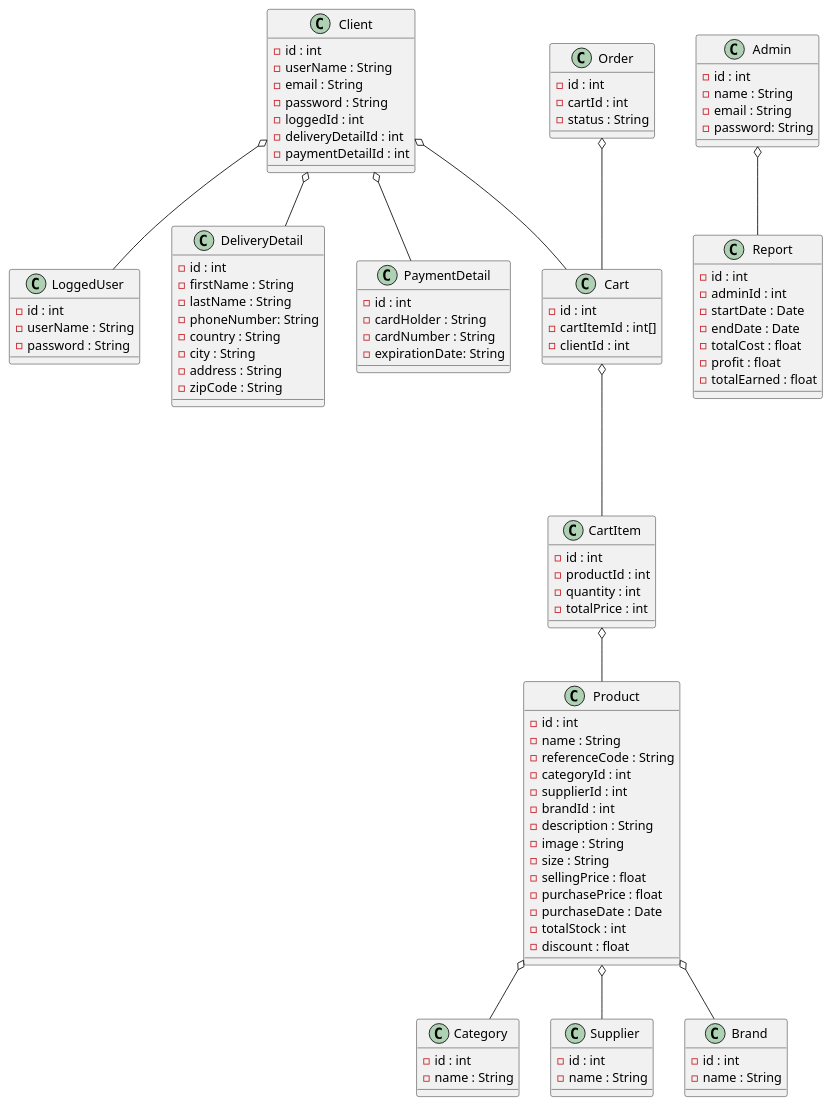
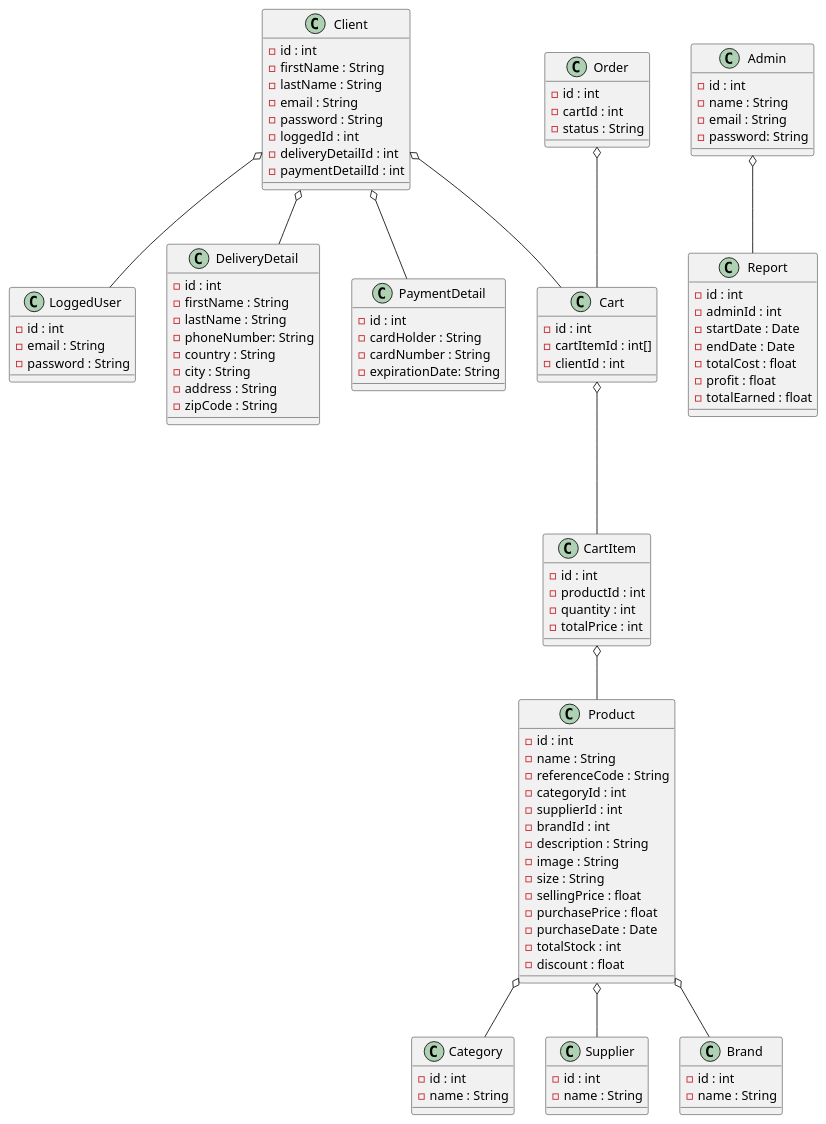
One commit to MihaelaNaidin040696/el-proyecte-grande-store changed the diagram in sneakersStore/store.puml. Above: the diagram before and after it, drawn with PlantUML. The commit also changed 6 other files, not shown here.

```diff
--- a/sneakersStore/store.puml
+++ b/sneakersStore/store.puml
@@ -1,123 +1,124 @@
 @startuml
 
 class LoggedUser{
 - id : int
-- userName : String
+- email : String
 - password : String
 }
 
 class Admin {
 - id : int
 - name : String
 - email : String
 - password: String
 }
 
 class Product {
 - id : int
 - name : String
 - referenceCode : String
 - categoryId : int
 - supplierId : int
 - brandId : int
 - description : String
 - image : String
 - size : String
 - sellingPrice : float
 - purchasePrice : float
 - purchaseDate : Date
 - totalStock : int
 - discount : float
 }
 
 
 class Report {
 - id : int
 - adminId : int
 - startDate : Date
 - endDate : Date
 - totalCost : float
 - profit : float
 - totalEarned : float
 }
 
 class Category {
 - id : int
 - name : String
 }
 
 class Supplier{
 - id : int
 - name : String
 }
 
 class Client {
 - id : int
-- userName : String
+- firstName : String
+- lastName : String
 - email : String
 - password : String
 - loggedId : int
 - deliveryDetailId : int
 - paymentDetailId : int
 }
 
 class CartItem {
 - id : int
 - productId : int
 - quantity : int
 - totalPrice : int
 }
 
 class DeliveryDetail{
 - id : int
 - firstName : String
 - lastName : String
 - phoneNumber: String
 - country : String
 - city : String
 - address : String
 - zipCode : String
 }
 
 class Cart {
 - id : int
 - cartItemId : int[]
 - clientId : int
 }
 
 class PaymentDetail{
 - id : int
 - cardHolder : String
 - cardNumber : String
 - expirationDate: String
 }
 
 class Brand{
 - id : int
 - name : String
 }
 
 class Order{
 - id : int
 - cartId : int
 - status : String
 }
 
 Client o-- LoggedUser
 Client o-- DeliveryDetail
 Client o-- PaymentDetail
 Client o-- Cart
 
 Product o-- Category
 Product o-- Supplier
 Product o-- Brand
 
 CartItem o-- Product
 
 Cart o--- CartItem
 
 Order o-- Cart
 
 Admin o-- Report
 
 @enduml
```
